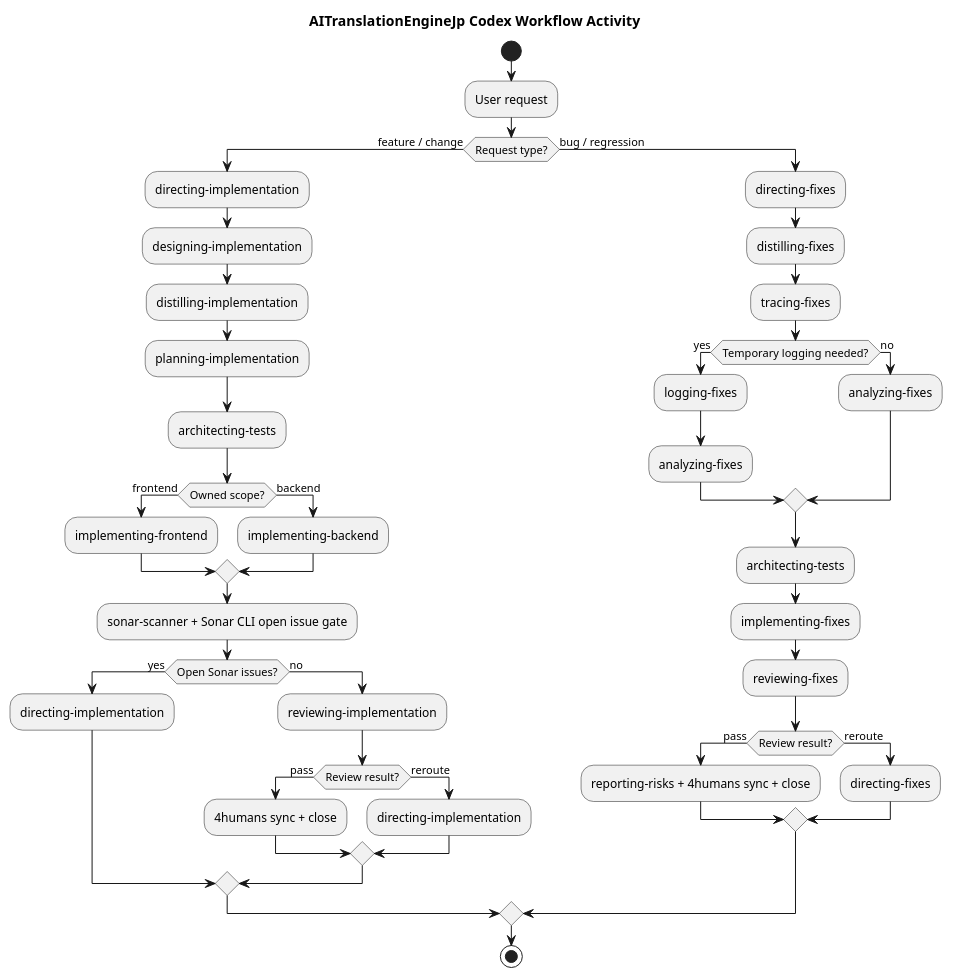
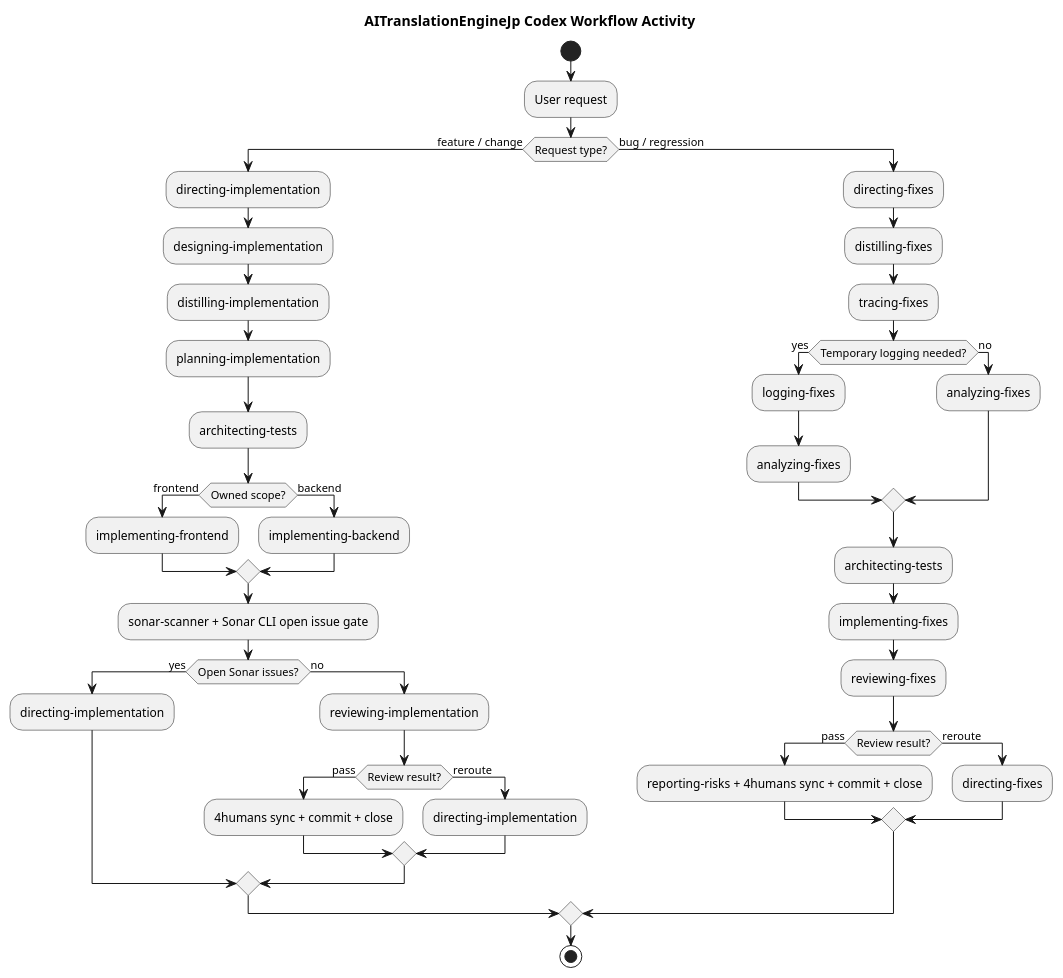
The diagram in .codex/workflow_activity_diagram.puml (ishibata91/AITranslationEngineJP), drawn with PlantUML before and after one commit. The commit also changed 7 other files, not shown here.

Commit message:
codex: require commit in direction close

```diff
--- a/.codex/workflow_activity_diagram.puml
+++ b/.codex/workflow_activity_diagram.puml
@@ -1,56 +1,56 @@
 @startuml WorkflowActivity
 title AITranslationEngineJp Codex Workflow Activity
 skinparam shadowing false
 skinparam linetype ortho
 
 start
 :User request;
 
 if (Request type?) then (feature / change)
   :directing-implementation;
   :designing-implementation;
   :distilling-implementation;
   :planning-implementation;
   :architecting-tests;
 
   if (Owned scope?) then (frontend)
     :implementing-frontend;
   else (backend)
     :implementing-backend;
   endif
 
   :sonar-scanner + Sonar CLI open issue gate;
   if (Open Sonar issues?) then (yes)
     :directing-implementation;
   else (no)
   :reviewing-implementation;
   if (Review result?) then (pass)
-    :4humans sync + close;
+    :4humans sync + commit + close;
   else (reroute)
     :directing-implementation;
   endif
   endif
 else (bug / regression)
   :directing-fixes;
   :distilling-fixes;
   :tracing-fixes;
 
   if (Temporary logging needed?) then (yes)
     :logging-fixes;
     :analyzing-fixes;
   else (no)
     :analyzing-fixes;
   endif
 
   :architecting-tests;
   :implementing-fixes;
   :reviewing-fixes;
   if (Review result?) then (pass)
-    :reporting-risks + 4humans sync + close;
+    :reporting-risks + 4humans sync + commit + close;
   else (reroute)
     :directing-fixes;
   endif
 endif
 
 stop
 @enduml
```
